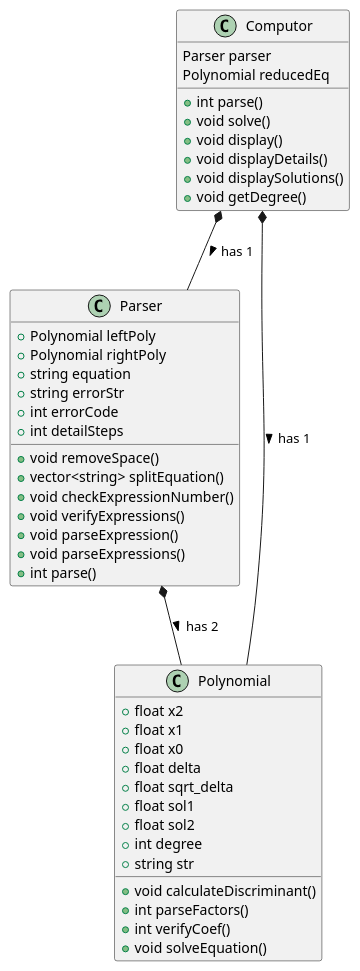
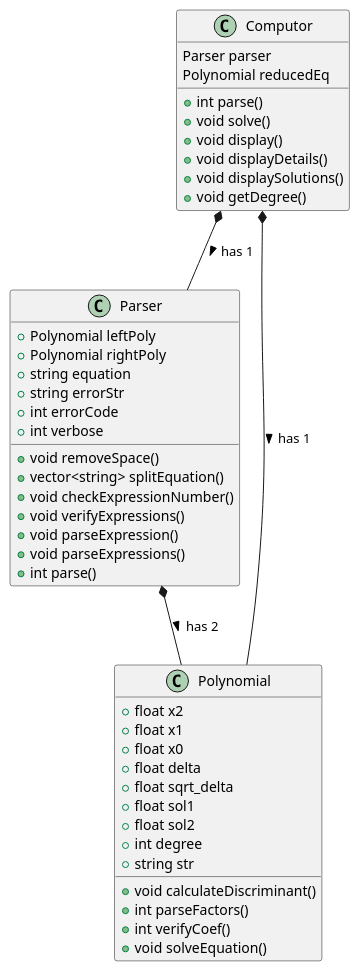
One commit to heypham/computorv1 changed the diagram in diagram.wsd. Above: the diagram before and after it, drawn with PlantUML. The commit also changed 6 other files, not shown here.

Commit message:
FIX bugs. Updated README and class diagram

```diff
--- a/diagram.wsd
+++ b/diagram.wsd
@@ -1,52 +1,52 @@
 @startuml computorv1
 class Computor {
   Parser parser
   Polynomial reducedEq
 
   +int parse()
   +void solve()
   +void display()
   +void displayDetails()
   +void displaySolutions()
   +void getDegree()
 }
 
 class Parser {
    +Polynomial leftPoly
    +Polynomial rightPoly
    +string equation
    +string errorStr
    +int errorCode
-   +int detailSteps
+   +int verbose
 
    +void removeSpace()
    +vector<string> splitEquation()
    +void checkExpressionNumber()
    +void verifyExpressions()
    +void parseExpression()
    +void parseExpressions()
    +int parse()
 }
 
 class Polynomial {
     +float x2
     +float x1
     +float x0
     +float delta
     +float sqrt_delta
     +float sol1
     +float sol2
     +int degree
     +string str
 
     +void calculateDiscriminant()
     +int parseFactors()
     +int verifyCoef()
     +void solveEquation()
 }
 
 ' Relationships
 Computor *-- Parser : has 1 >
 Computor *-- Polynomial : has 1 >
 Parser *-- Polynomial : has 2 >
 @enduml
```
